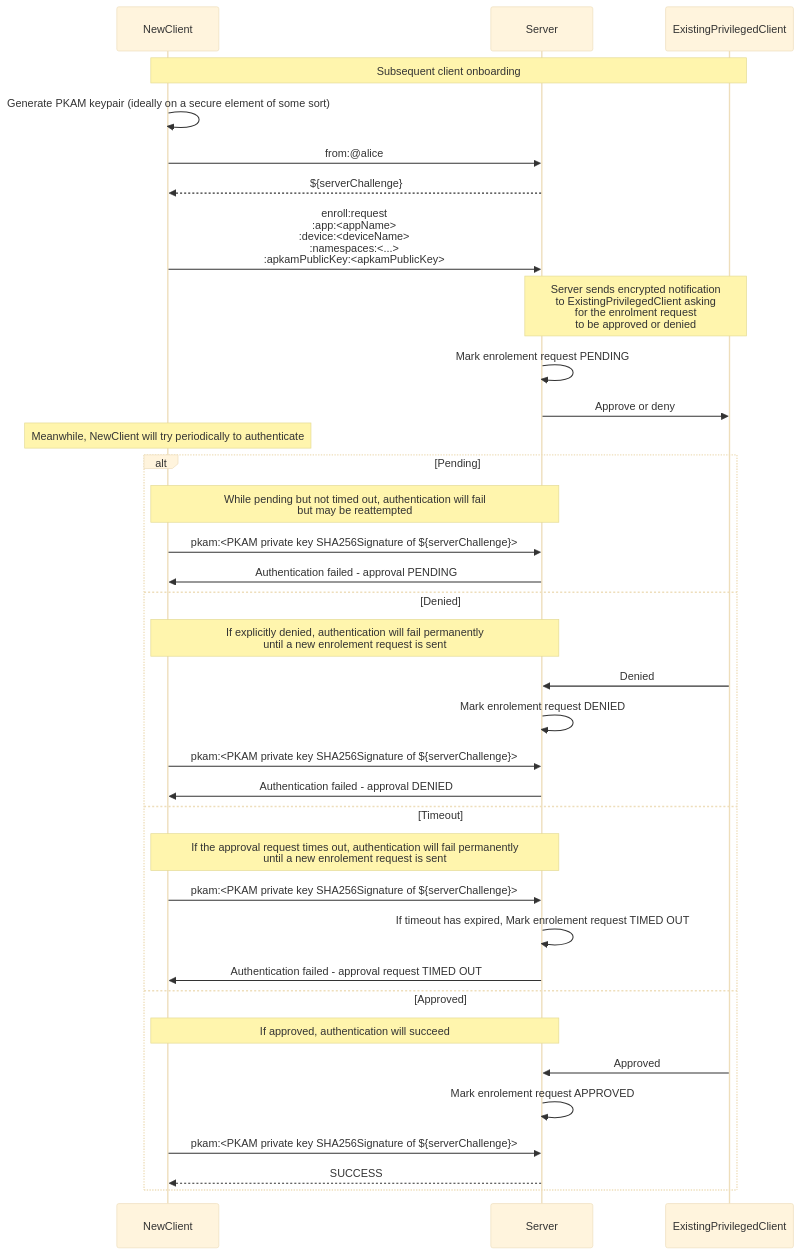
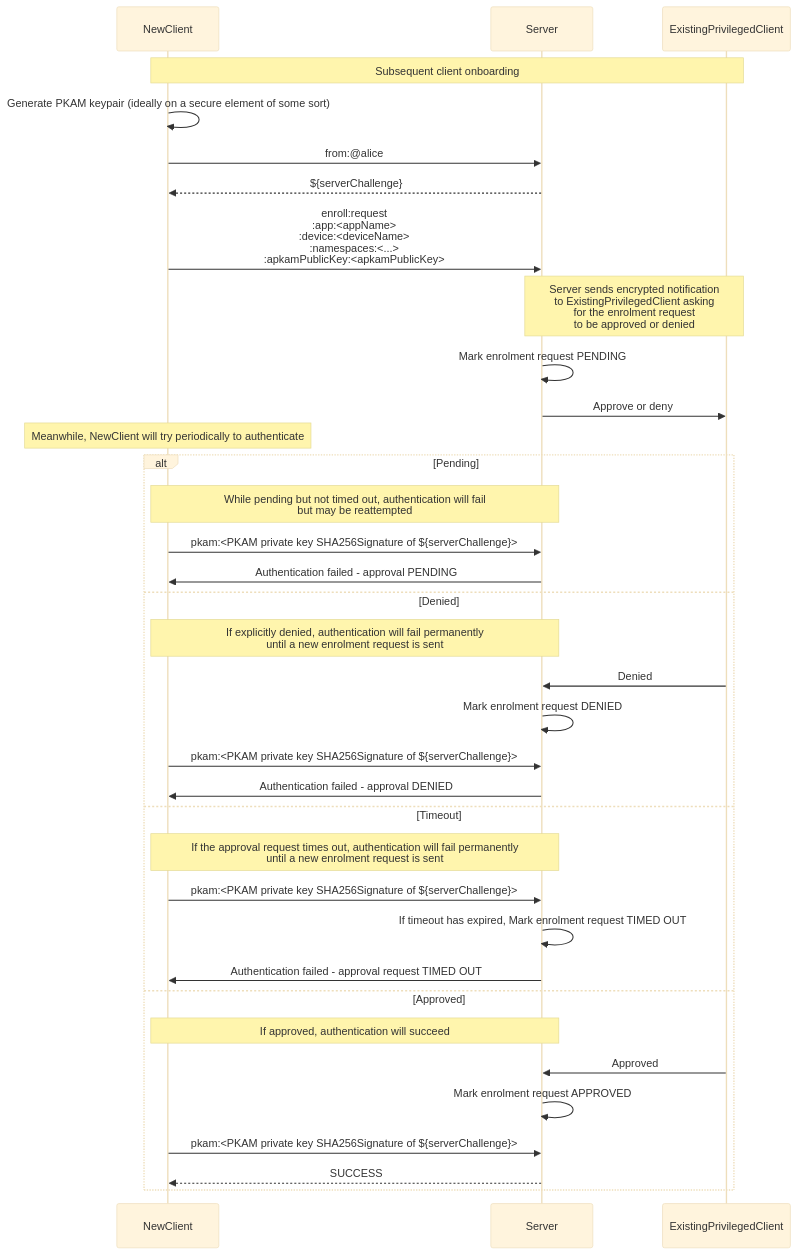
Before and after one commit to atsign-foundation/at_protocol: the second of 2 diagrams in decisions/2023-01-pkam-per-app-and-device.md, drawn with Mermaid (base theme). The commit also changed other lines of this file, not shown here.

Commit message:
docs: cleaned up typos

````diff
--- a/decisions/2023-01-pkam-per-app-and-device.md
+++ b/decisions/2023-01-pkam-per-app-and-device.md
@@ -344,38 +350,38 @@
 ```mermaid
 sequenceDiagram
     participant NewClient
     participant Server
     participant ExistingPrivilegedClient
 
     note over NewClient,ExistingPrivilegedClient: Subsequent client onboarding
     NewClient->>NewClient: Generate PKAM keypair (ideally on a secure element of some sort)
     NewClient->>Server: from:@alice
     Server-->>NewClient: ${serverChallenge}
     NewClient->>Server: enroll:request<br/>:app:<appName><br/>:device:<deviceName><br/>:namespaces:<...><br/>:apkamPublicKey:<apkamPublicKey>
     note over Server,ExistingPrivilegedClient: Server sends encrypted notification <br/>to ExistingPrivilegedClient asking <br/>for the enrolment request <br/>to be approved or denied
-    Server->>Server: Mark enrolement request PENDING
+    Server->>Server: Mark enrolment request PENDING
     Server->>ExistingPrivilegedClient: Approve or deny
     note over NewClient: Meanwhile, NewClient will try periodically to authenticate
     alt Pending
         note over NewClient,Server: While pending but not timed out, authentication will fail <br/>but may be reattempted
         NewClient->>Server: pkam:<PKAM private key SHA256Signature of ${serverChallenge}>
         Server->>NewClient: Authentication failed - approval PENDING
     else Denied
-        note over NewClient,Server: If explicitly denied, authentication will fail permanently <br/>until a new enrolement request is sent
+        note over NewClient,Server: If explicitly denied, authentication will fail permanently <br/>until a new enrolment request is sent
         ExistingPrivilegedClient->>Server: Denied
-        Server->>Server: Mark enrolement request DENIED
+        Server->>Server: Mark enrolment request DENIED
         NewClient->>Server: pkam:<PKAM private key SHA256Signature of ${serverChallenge}>
         Server->>NewClient: Authentication failed - approval DENIED
     else Timeout
-        note over NewClient,Server: If the approval request times out, authentication will fail permanently <br/>until a new enrolement request is sent
+        note over NewClient,Server: If the approval request times out, authentication will fail permanently <br/>until a new enrolment request is sent
         NewClient->>Server: pkam:<PKAM private key SHA256Signature of ${serverChallenge}>
-        Server->>Server: If timeout has expired, Mark enrolement request TIMED OUT
+        Server->>Server: If timeout has expired, Mark enrolment request TIMED OUT
         Server->>NewClient: Authentication failed - approval request TIMED OUT
     else Approved
         note over NewClient,Server: If approved, authentication will succeed
         ExistingPrivilegedClient->>Server: Approved
-        Server->>Server: Mark enrolement request APPROVED
+        Server->>Server: Mark enrolment request APPROVED
         NewClient->>Server: pkam:<PKAM private key SHA256Signature of ${serverChallenge}>
         Server-->>NewClient: SUCCESS
     end
 ```
````
